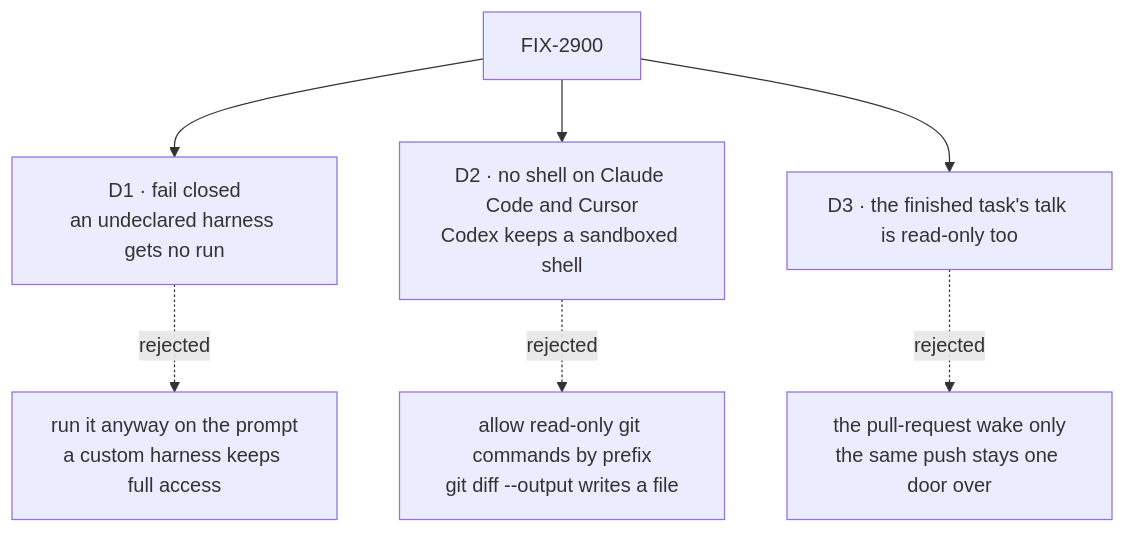
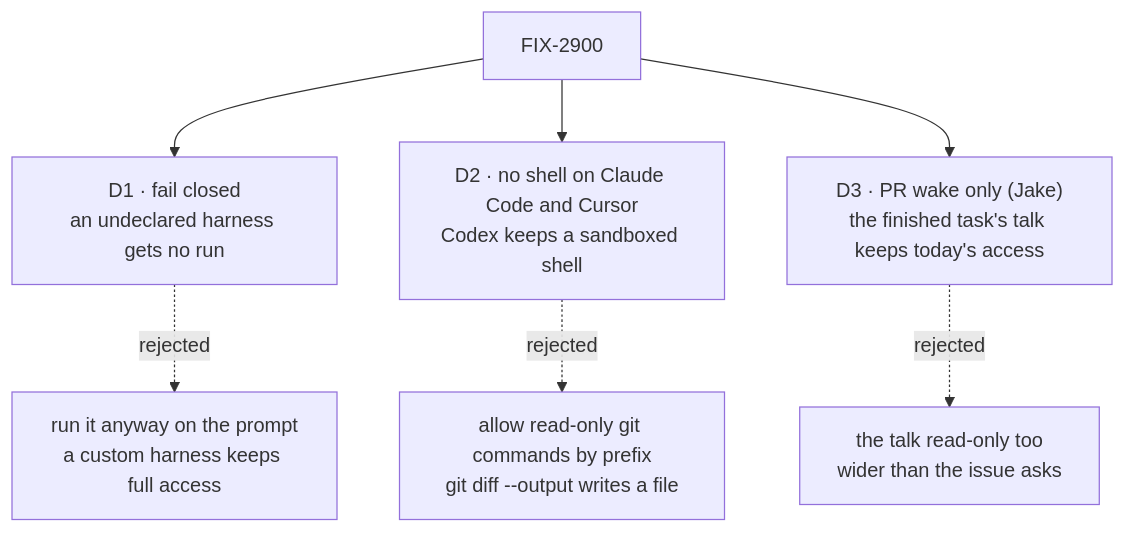
Before and after one commit to fixpoint-labs/flow-state-dev: the diagram in specs/issues/FIX-2900/DECISIONS.md, drawn with Mermaid. The commit also changed other lines of this file and 3 other files, not shown here.

First line of the commit message:
spec(FIX-2900): Jake's calls: PR wake only (D3); full access when GitHub can't be read

````diff
--- a/specs/issues/FIX-2900/DECISIONS.md
+++ b/specs/issues/FIX-2900/DECISIONS.md
@@ -9,9 +9,9 @@
 ```mermaid
 flowchart TD
   I["FIX-2900"] --> D1["D1 · fail closed<br/>an undeclared harness gets no run"]
   D1 -.->|"rejected"| X1["run it anyway on the prompt<br/>a custom harness keeps full access"]
   I --> D2["D2 · no shell on Claude Code and Cursor<br/>Codex keeps a sandboxed shell"]
   D2 -.->|"rejected"| X2["allow read-only git commands by prefix<br/>git diff --output writes a file"]
-  I --> D3["D3 · the finished task's talk is read-only too"]
-  D3 -.->|"rejected"| X3["the pull-request wake only<br/>the same push stays one door over"]
+  I --> D3["D3 · PR wake only (Jake)<br/>the finished task's talk keeps today's access"]
+  D3 -.->|"rejected"| X3["the talk read-only too<br/>wider than the issue asks"]
 ```
````
